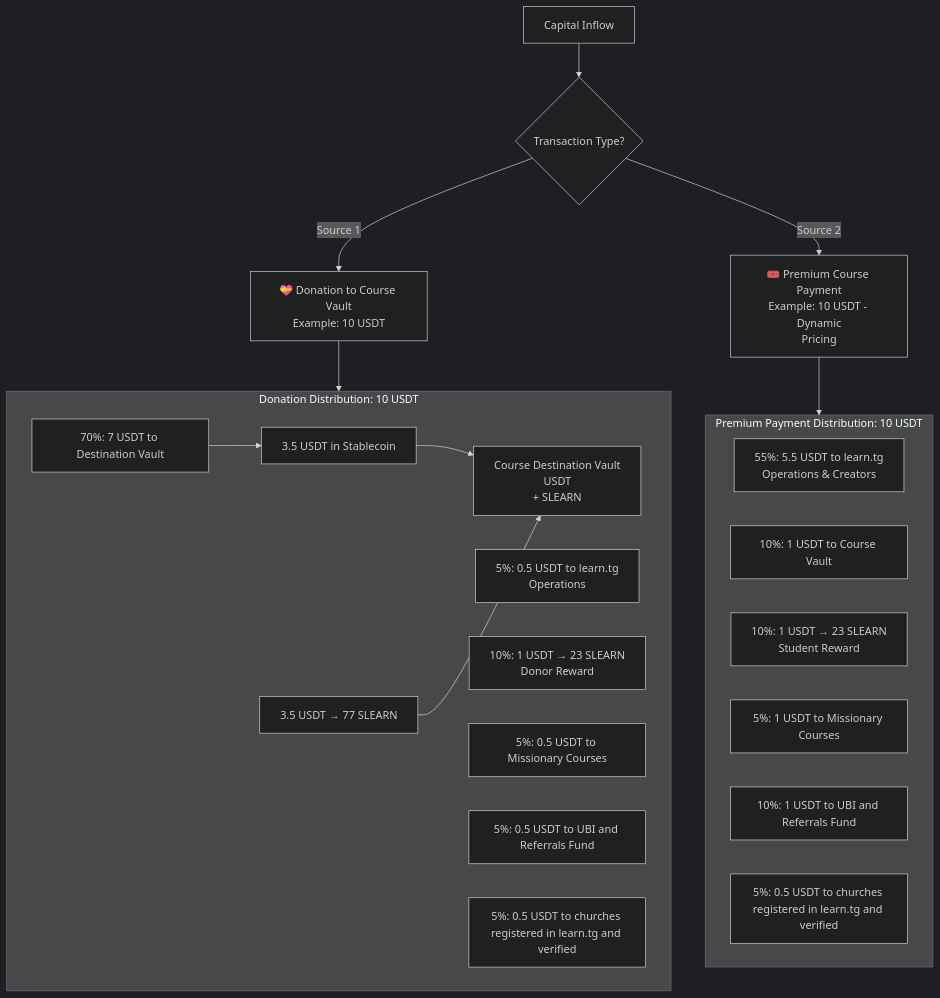
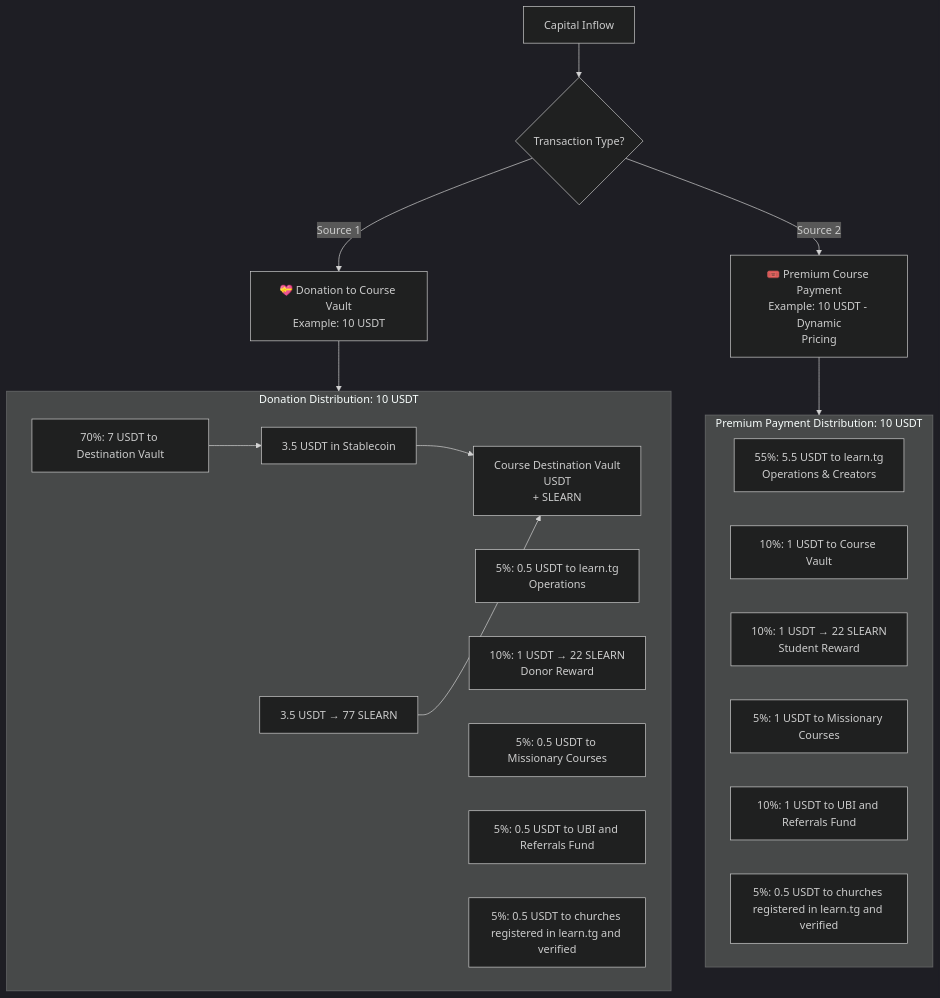
Before and after one commit to pasosdeJesus/learn.tg: the first of 3 diagrams in SLEARN-WHITEPAPER.md, drawn with Mermaid (dark theme). The commit also changed other lines of this file, not shown here.

Commit message:
Update SLEARN values from 23 to 22 in whitepaper

````diff
--- a/SLEARN-WHITEPAPER.md
+++ b/SLEARN-WHITEPAPER.md
@@ -61,35 +61,35 @@
 ```mermaid
 flowchart TB
     A[Capital Inflow] --> B{Transaction Type?}
     
     B -->|Source 1| C[💝 Donation to Course Vault<br>Example: 10 USDT]
     B -->|Source 2| D[🎟️ Premium Course Payment<br>Example: 10 USDT - Dynamic
 Pricing]
     
     C --> C1[Donation Distribution]
     D --> D1[Payment Distribution]
     
     subgraph C1 [Donation Distribution: 10 USDT]
         direction LR
         C1_1[70%: 7 USDT to Destination Vault] --> C1_1a
         C1_2[5%: 0.5 USDT to learn.tg<br>Operations]
-        C1_3[10%: 1 USDT → 23 SLEARN<br>Donor Reward]
+        C1_3[10%: 1 USDT → 22 SLEARN<br>Donor Reward]
         C1_4[5%: 0.5 USDT to Missionary Courses]
         C1_5[5%: 0.5 USDT to UBI and Referrals Fund]
         C1_6[5%: 0.5 USDT to churches registered in learn.tg and verified]
         
         C1_1a[3.5 USDT in Stablecoin] --> C1_1b[Course Destination Vault<br>USDT
 + SLEARN]
         C1_1a2[3.5 USDT → 77 SLEARN] --> C1_1b
     end
     
     subgraph D1 [Premium Payment Distribution: 10 USDT]
         direction LR
         D1_1[55%: 5.5 USDT to learn.tg<br>Operations & Creators]
         D1_2[10%: 1 USDT to Course Vault]
-        D1_3[10%: 1 USDT → 23 SLEARN<br>Student Reward]
+        D1_3[10%: 1 USDT → 22 SLEARN<br>Student Reward]
         D1_4[5%: 1 USDT to Missionary Courses]
         D1_5[10%: 1 USDT to UBI and Referrals Fund]
         D1_6[5%: 0.5 USDT to churches registered in learn.tg and verified]
     end
 ```
````
